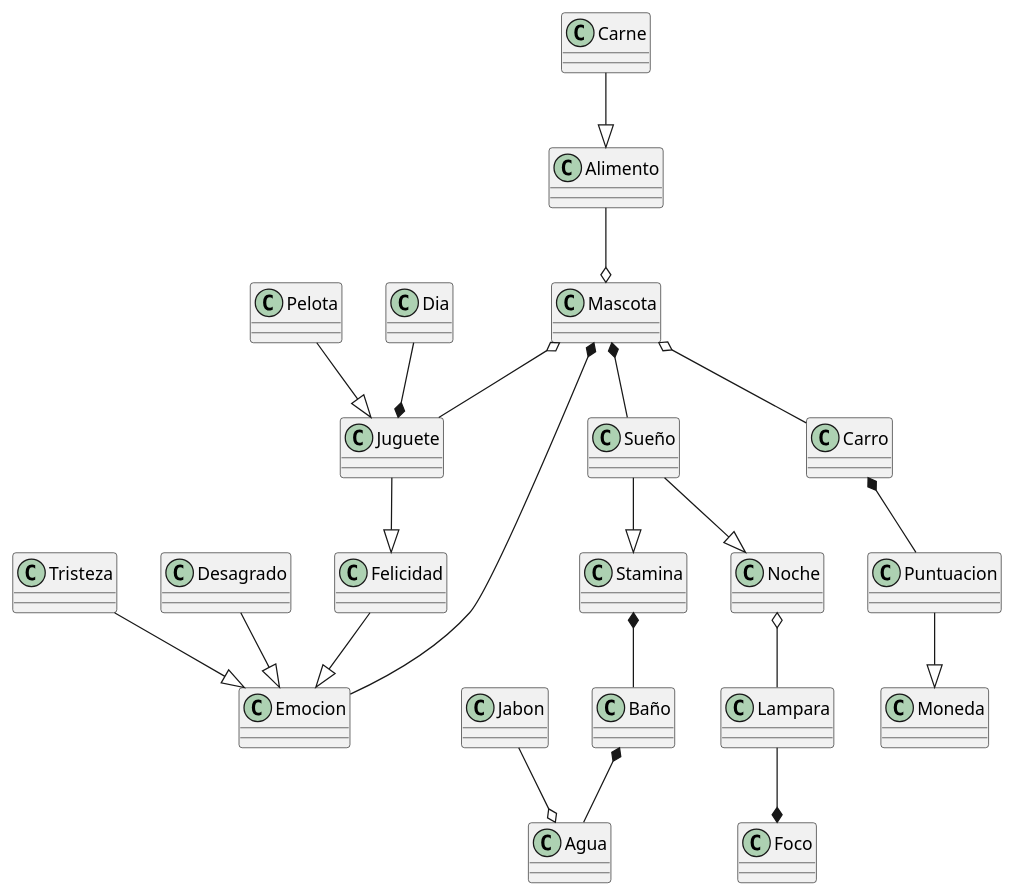
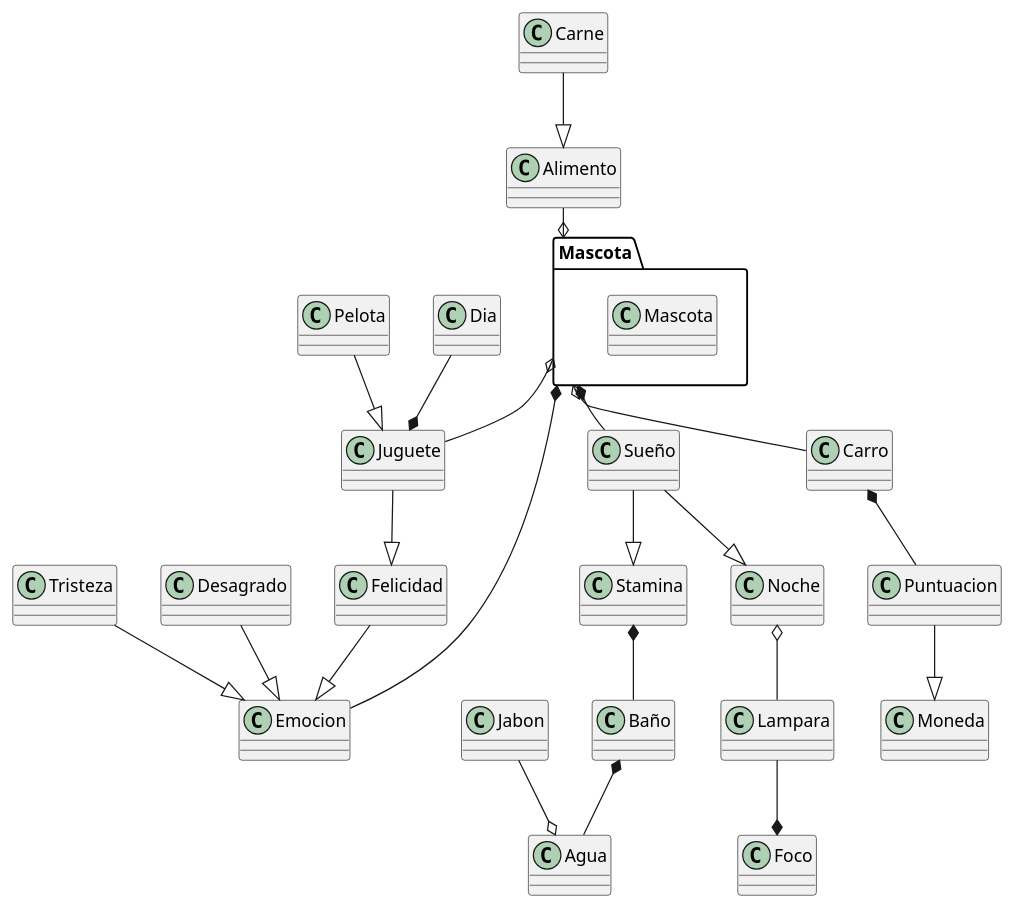
Before and after one commit to Maquinadelmal23110112/Hola-Mundo: the diagram in docs/Mascota.puml, drawn with PlantUML.

Commit message:
Version 2

```diff
--- a/docs/Mascota.puml
+++ b/docs/Mascota.puml
@@ -1,52 +1,54 @@
 @startuml 
 
 class Mascota
 class Alimento 
 class Carne
 class Juguete
 class Pelota
 class Carro
 class Stamina
 class Jabon
 class Agua
 class Lampara
 class Dia 
 class Noche 
 class Puntuacion
 class Moneda 
 class Tristeza
 class Felicidad
 class Desagrado
 class Emocion 
 class Foco 
 class Sueño 
 class Baño
 
-
+package Mascota{
+class Mascota
+}
 Alimento --o Mascota
 Mascota o-- Juguete
 Carne --|> Alimento
 Pelota --|> Juguete
 Lampara --* Foco
 Felicidad --|> Emocion 
 Tristeza --|> Emocion
 Desagrado --|> Emocion
 Mascota *-- Emocion 
 Mascota *-- Sueño 
 Sueño --|> Noche 
 Noche o-- Lampara 
 Puntuacion --|> Moneda 
 Juguete --|> Felicidad
 Dia --* Juguete
 Jabon --o Agua 
 Carro *-- Puntuacion
 Mascota o-- Carro
 Sueño --|> Stamina
 Baño *-- Agua
 Stamina *-- Baño
 
 
 
 
 
 @endluml
```
